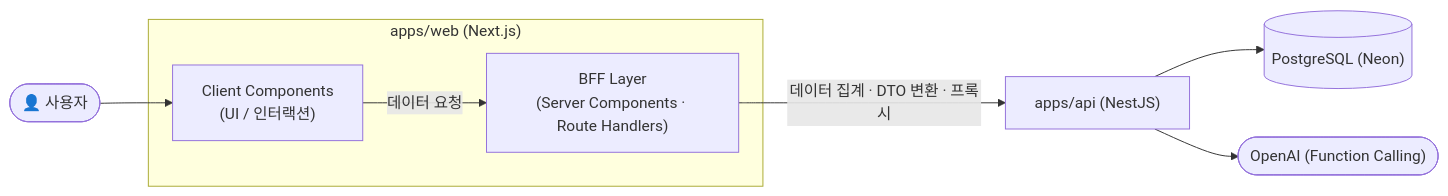
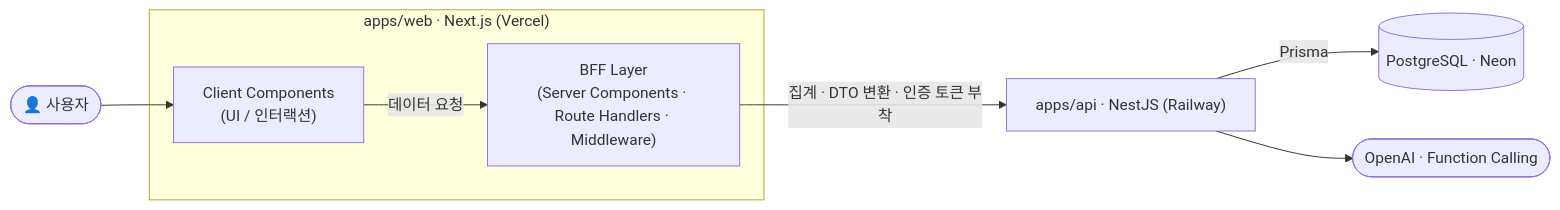
Before and after one commit to smnm1998/fit-fo-yo: the diagram in README.md, drawn with Mermaid. The commit also changed other lines of this file, not shown here.

Commit message:
docs: BFF 다이어그램 보강 — 배포 호스트·HttpOnly 쿠키·Prisma

````diff
--- a/README.md
+++ b/README.md
@@ -50,14 +50,15 @@
 ```mermaid
 flowchart LR
-    U([👤 사용자]) --> Client
+    U([👤 사용자])
 
-    subgraph Web ["apps/web (Next.js)"]
+    subgraph Web ["apps/web · Next.js (Vercel)"]
         Client["Client Components<br/>(UI / 인터랙션)"]
-        BFF["BFF Layer<br/>(Server Components · Route Handlers)"]
+        BFF["BFF Layer<br/>(Server Components · Route Handlers · Middleware)"]
         Client -->|데이터 요청| BFF
     end
 
-    BFF -->|데이터 집계 · DTO 변환 · 프록시| API["apps/api (NestJS)"]
-    API --> DB[("PostgreSQL (Neon)")]
-    API --> OA(["OpenAI (Function Calling)"])
+    U --> Client
+    BFF -->|집계 · DTO 변환 · 인증 토큰 부착| API["apps/api · NestJS (Railway)"]
+    API -->|Prisma| DB[("PostgreSQL · Neon")]
+    API --> OA(["OpenAI · Function Calling"])
 ```
````
